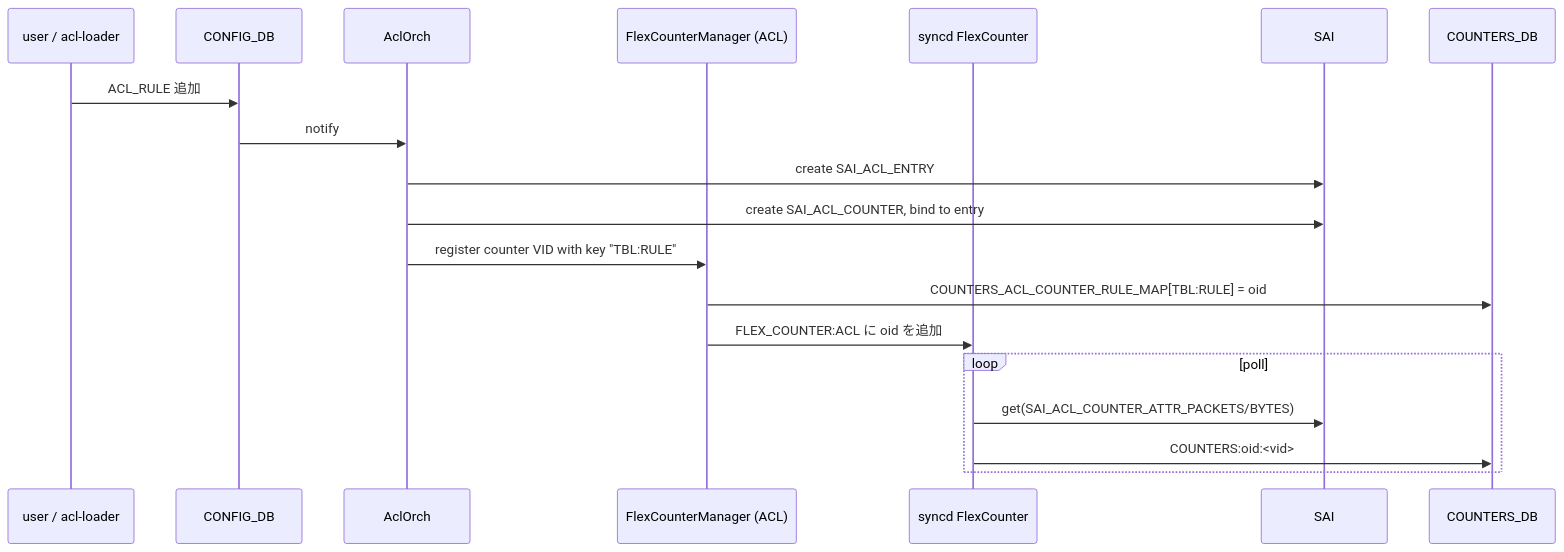
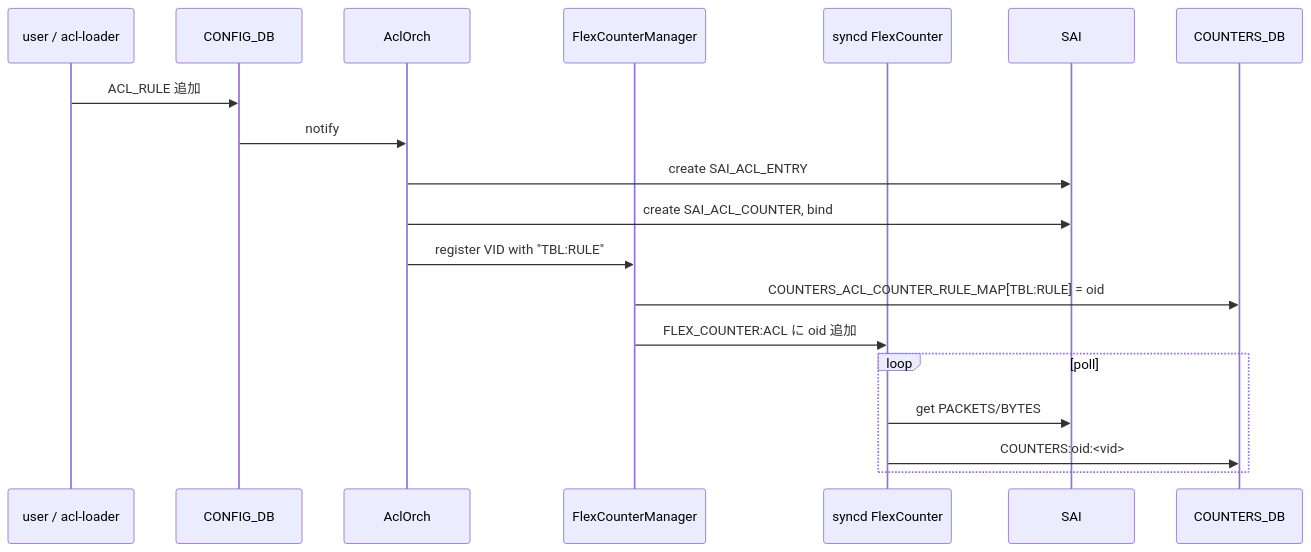
One commit to aoki-taquan/sonic-unofficial-docs changed the first of 2 diagrams in docs/acl-qos/acl-flex-counters-support.md. Above: the diagram before and after it, drawn with Mermaid. The commit also changed other lines of this file and 4 other files, not shown here.

````diff
--- a/docs/acl-qos/acl-flex-counters-support.md
+++ b/docs/acl-qos/acl-flex-counters-support.md
@@ -146,21 +75,21 @@
 ```mermaid
 sequenceDiagram
     participant App as user / acl-loader
     participant CDB as CONFIG_DB
     participant AO as AclOrch
-    participant FCM as FlexCounterManager (ACL)
+    participant FCM as FlexCounterManager
     participant SYNCD as syncd FlexCounter
     participant SAI
     participant CNT as COUNTERS_DB
     App->>CDB: ACL_RULE 追加
     CDB->>AO: notify
     AO->>SAI: create SAI_ACL_ENTRY
-    AO->>SAI: create SAI_ACL_COUNTER, bind to entry
-    AO->>FCM: register counter VID with key "TBL:RULE"
+    AO->>SAI: create SAI_ACL_COUNTER, bind
+    AO->>FCM: register VID with "TBL:RULE"
     FCM->>CNT: COUNTERS_ACL_COUNTER_RULE_MAP[TBL:RULE] = oid
-    FCM->>SYNCD: FLEX_COUNTER:ACL に oid を追加
+    FCM->>SYNCD: FLEX_COUNTER:ACL に oid 追加
     loop poll
-        SYNCD->>SAI: get(SAI_ACL_COUNTER_ATTR_PACKETS/BYTES)
+        SYNCD->>SAI: get PACKETS/BYTES
         SYNCD->>CNT: COUNTERS:oid:<vid>
     end
 ```
````
